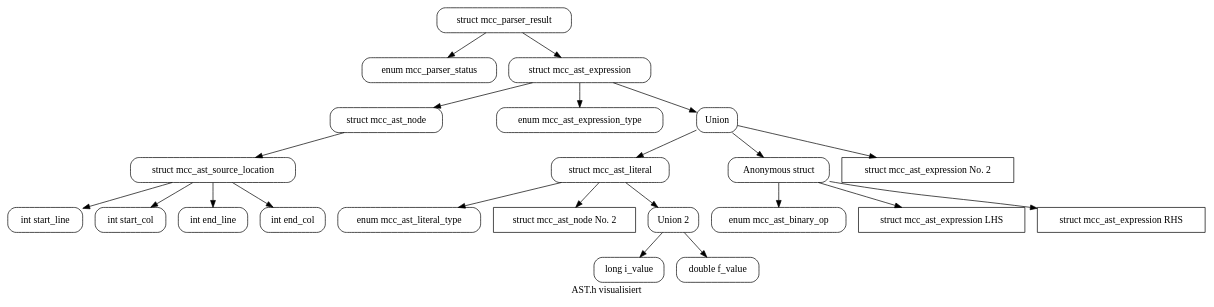
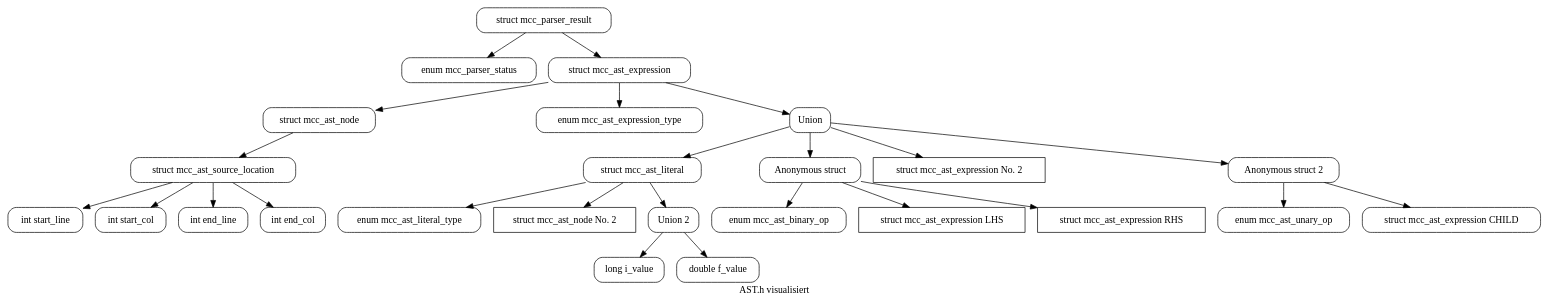
Before and after one commit to RaoulSchikora/compiler: the diagram in tmp_development/Oliver/data_structures/graph.dot, drawn with Graphviz. The commit also changed 9 other files, not shown here.

```diff
--- a/tmp_development/Oliver/data_structures/graph.dot
+++ b/tmp_development/Oliver/data_structures/graph.dot
@@ -1,50 +1,57 @@
 digraph {
 	label="AST.h visualisiert"
 	
 	"struct mcc_parser_result"[shape="box", style=rounded];
 	"enum mcc_parser_status"[shape="box",style=rounded];
 	"struct mcc_ast_source_location"[shape="box", style=rounded];
 	"int start_line"[shape="box", style=rounded];
 	"int start_col"[shape="box", style=rounded];
 	"int end_line"[shape="box", style=rounded];
 	"int end_col"[shape="box", style=rounded];
 	"struct mcc_ast_node"[shape="box", style=rounded];
 	"enum mcc_ast_binary_op"[shape="box", style=rounded];
 	"enum mcc_ast_expression_type"[shape="box", style=rounded];
 	"struct mcc_ast_expression"[shape="box", style=rounded];
 	"enum mcc_ast_literal_type"[shape="box", style=rounded];
 	"struct mcc_ast_literal"[shape="box", style=rounded];
 	"Union"[shape="box", style=rounded];
 	"Anonymous struct"[shape="box", style=rounded];
 	"struct mcc_ast_expression LHS"[shape="box"];
 	"struct mcc_ast_expression RHS"[shape="box"];
 	"struct mcc_ast_expression No. 2"[shape="box"];
 	"struct mcc_ast_node No. 2"[shape="box"];
 	"Union 2"[shape="box",style=rounded];
 	"long i_value"[shape="box",style=rounded];
 	"double f_value"[shape="box",style=rounded];
-	
+	"enum mcc_ast_unary_op"[shape="box",style=rounded];
+	"struct mcc_ast_expression CHILD"[shape="box",style=rounded];
+	"Anonymous struct 2"[shape="box", style=rounded];
+
+
 	"struct mcc_ast_source_location" -> "int start_line";
 	"struct mcc_ast_source_location" -> "int start_col";	
 	"struct mcc_ast_source_location" -> "int end_line";
 	"struct mcc_ast_source_location" -> "int end_col";
 	
 	"struct mcc_ast_node" -> "struct mcc_ast_source_location";
 	
 	"struct mcc_ast_expression" -> "struct mcc_ast_node";
 	"struct mcc_ast_expression" -> "enum mcc_ast_expression_type";
 	"struct mcc_ast_expression" -> "Union";
 	"Union" -> "struct mcc_ast_literal";	
 	"Union" -> "Anonymous struct";
 	"Union" -> "struct mcc_ast_expression No. 2";
+	"Union" -> "Anonymous struct 2"
+	"Anonymous struct 2" -> "enum mcc_ast_unary_op";
+	"Anonymous struct 2" -> "struct mcc_ast_expression CHILD";
 	"Anonymous struct" -> "enum mcc_ast_binary_op";
 	"Anonymous struct" -> "struct mcc_ast_expression LHS";
 	"Anonymous struct" -> "struct mcc_ast_expression RHS";
 	"struct mcc_ast_literal" -> "struct mcc_ast_node No. 2";
 	"struct mcc_ast_literal" -> "enum mcc_ast_literal_type";
 	"struct mcc_ast_literal" -> "Union 2";
 	"Union 2" -> "long i_value";
 	"Union 2" -> "double f_value";
 	"struct mcc_parser_result" -> "enum mcc_parser_status";
 	"struct mcc_parser_result" -> "struct mcc_ast_expression";
 }
```
